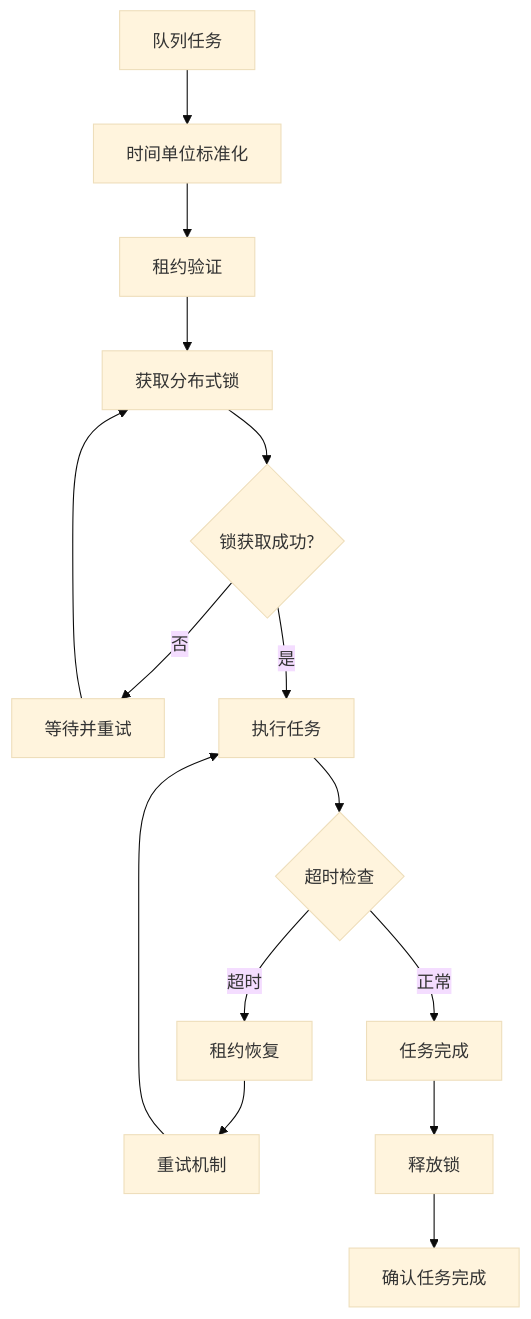
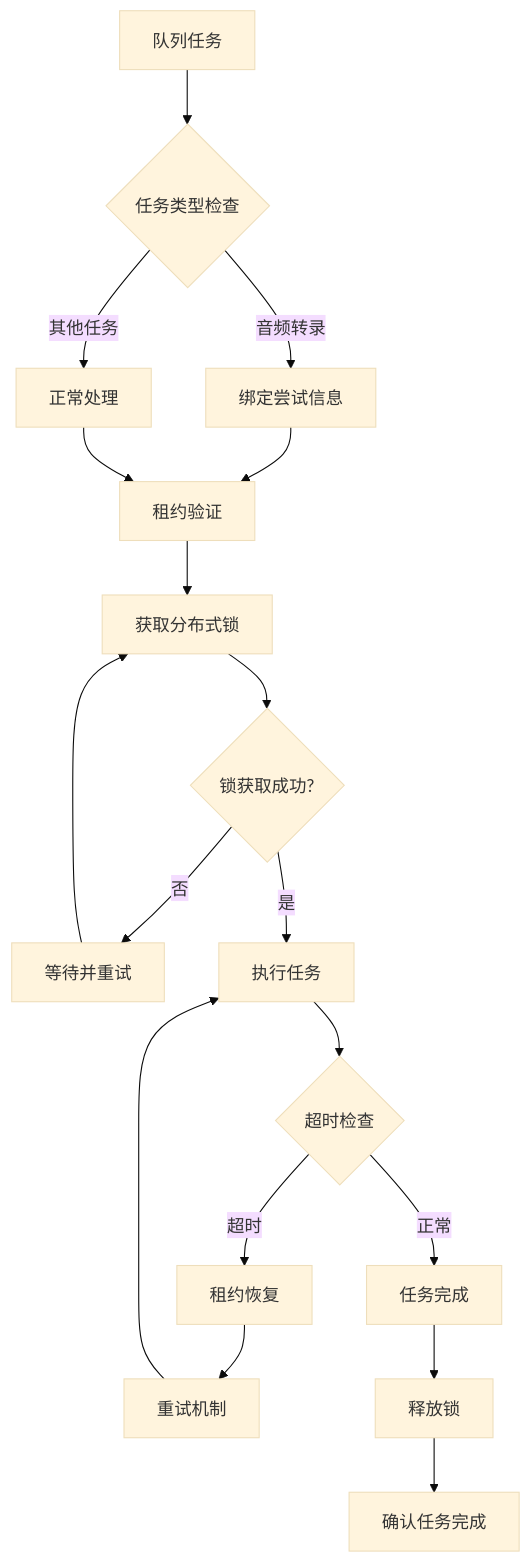
Diagram 14 of 15 in .qoder/repowiki/zh/content/项目概述/计费配置/计费和会计账簿系统.md (scottcwy/PurpleInk), drawn with Mermaid (base theme) before and after one commit. The commit also changed other lines of this file and 29 other files, not shown here.

````diff
--- a/.qoder/repowiki/zh/content/项目概述/计费配置/计费和会计账簿系统.md
+++ b/.qoder/repowiki/zh/content/项目概述/计费配置/计费和会计账簿系统.md
@@ -680,17 +653,20 @@
 ```mermaid
 flowchart TD
-Task["队列任务"] --> TimeNormalize["时间单位标准化"]
-TimeNormalize --> LeaseCheck["租约验证"]
+Task["队列任务"] --> CheckType{"任务类型检查"}
+CheckType --> |音频转录| BindAttempt["绑定尝试信息"]
+CheckType --> |其他任务| NormalProcess["正常处理"]
+BindAttempt --> LeaseCheck["租约验证"]
+NormalProcess --> LeaseCheck
 LeaseCheck --> Lock["获取分布式锁"]
 Lock --> Check{"锁获取成功?"}
 Check --> |否| Wait["等待并重试"]
 Wait --> Lock
 Check --> |是| Execute["执行任务"]
 Execute --> Timeout{"超时检查"}
 Timeout --> |超时| LeaseRecovery["租约恢复"]
 LeaseRecovery --> Retry["重试机制"]
 Retry --> Execute
 Timeout --> |正常| Complete["任务完成"]
 Complete --> Unlock["释放锁"]
 Unlock --> Ack["确认任务完成"]
 ```
````
